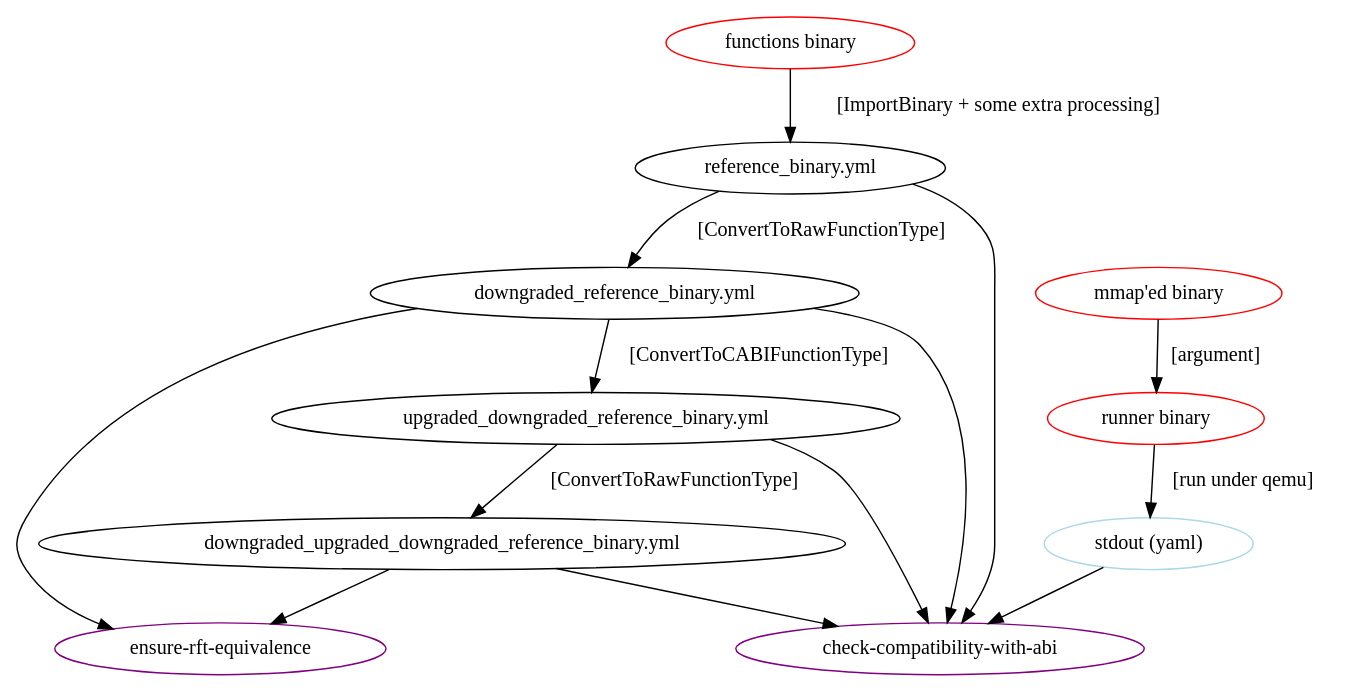
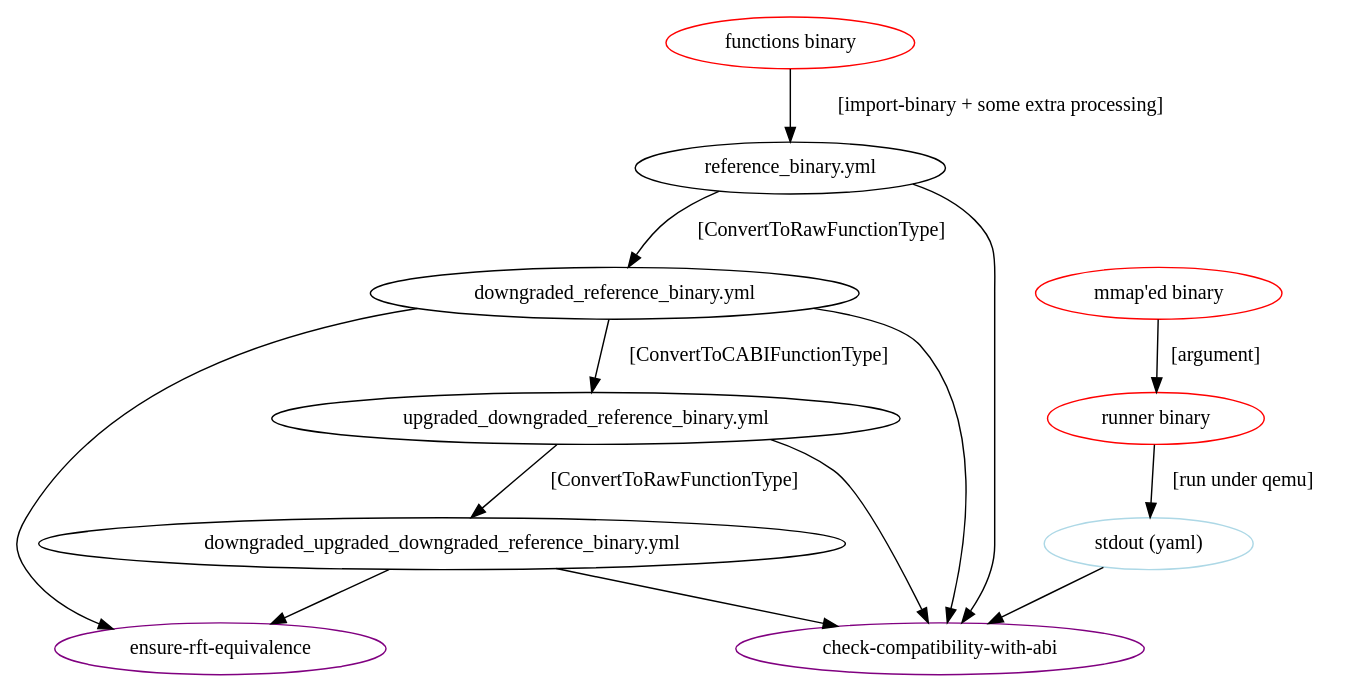
The second of 2 diagrams in share/revng/test/tests/abi/README.md (revng/revng), drawn with Graphviz before and after one commit. The commit also changed other lines of this file and 10 other files, not shown here.

````diff
--- a/share/revng/test/tests/abi/README.md
+++ b/share/revng/test/tests/abi/README.md
@@ -56,28 +56,28 @@
 ```graphviz
 strict digraph {
     "functions binary" [color=red]
     "mmap'ed binary" [color=red]
     "runner binary" [color=red]
 
-    "functions binary" -> "reference_binary.yml" [label="[ImportBinary + some extra processing]"]
+    "functions binary" -> "reference_binary.yml" [label="[import-binary + some extra processing]"]
     "reference_binary.yml" -> "downgraded_reference_binary.yml" [label="[ConvertToRawFunctionType]"]
     "downgraded_reference_binary.yml" -> "upgraded_downgraded_reference_binary.yml" [label="[ConvertToCABIFunctionType]"]
     "upgraded_downgraded_reference_binary.yml" -> "downgraded_upgraded_downgraded_reference_binary.yml" [label="[ConvertToRawFunctionType]"]
 
     "runner binary" -> "stdout (yaml)" [label="[run under qemu]"]
     "mmap'ed binary" -> "runner binary" [label="[argument]"]
 
     "check-compatibility-with-abi" [color=purple]
     "reference_binary.yml" -> "check-compatibility-with-abi"
     "downgraded_reference_binary.yml" -> "check-compatibility-with-abi"
     "upgraded_downgraded_reference_binary.yml" -> "check-compatibility-with-abi"
     "downgraded_upgraded_downgraded_reference_binary.yml" -> "check-compatibility-with-abi"
     "stdout (yaml)" -> "check-compatibility-with-abi"
 
     "ensure-rft-equivalence" [color=purple]
     "downgraded_reference_binary.yml" -> "ensure-rft-equivalence"
     "downgraded_upgraded_downgraded_reference_binary.yml" -> "ensure-rft-equivalence"
 
     "stdout (yaml)" [color=lightblue]
 }
 ```
````
